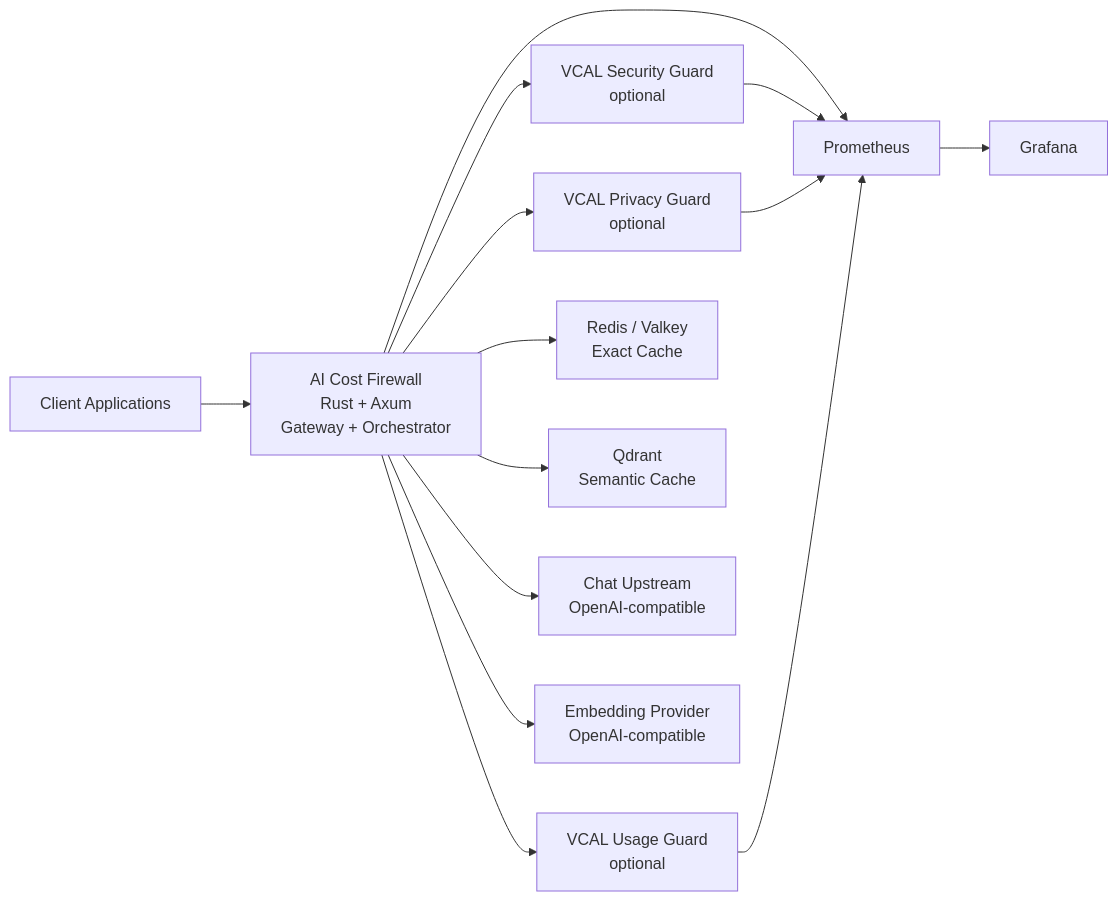
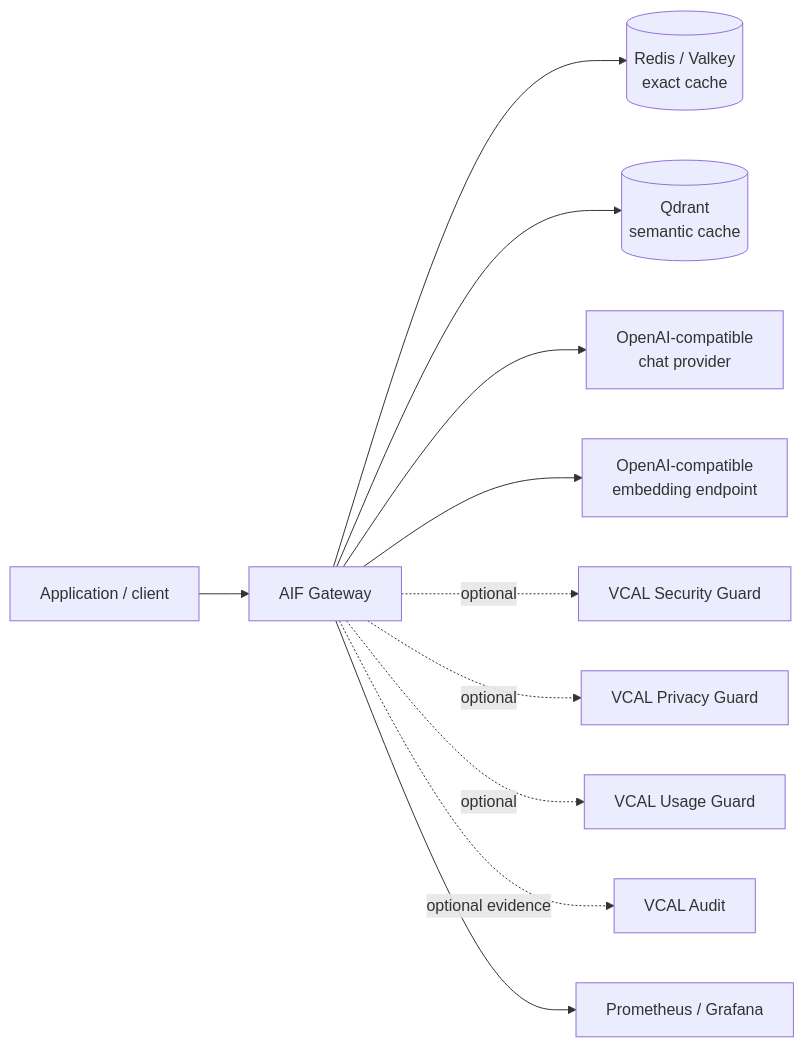
One commit to vcal-project/ai-firewall changed the diagram in docs/architecture.md. Above: the diagram before and after it, drawn with Mermaid. The commit also changed other lines of this file and 17 other files, not shown here.

````diff
--- a/docs/architecture.md
+++ b/docs/architecture.md
@@ -111,43 +9,13 @@
 ```mermaid
 flowchart LR
-
-    Client[Client Applications]
-
-    Firewall[AI Cost Firewall<br/>Rust + Axum<br/>Gateway + Orchestrator]
-
-    Security[VCAL Security Guard<br/>optional]
-
-    Privacy[VCAL Privacy Guard<br/>optional]
-
-    Usage[VCAL Usage Guard<br/>optional]
-
-    Redis[Redis / Valkey<br/>Exact Cache]
-
-    Qdrant[Qdrant<br/>Semantic Cache]
-
-    Upstream[Chat Upstream<br/>OpenAI-compatible]
-
-    Embedding[Embedding Provider<br/>OpenAI-compatible]
-
-    Prom[Prometheus]
-
-    Graf[Grafana]
-
-    Client --> Firewall
-
-    Firewall --> Security
-    Firewall --> Privacy
-    Firewall --> Usage
-
-    Firewall --> Redis
-    Firewall --> Qdrant
-
-    Firewall --> Upstream
-    Firewall --> Embedding
-
-    Firewall --> Prom
-    Security --> Prom
-    Privacy --> Prom
-    Usage --> Prom
-    Prom --> Graf
+    C[Application / client] --> A[AIF Gateway]
+    A --> E[(Redis / Valkey<br/>exact cache)]
+    A --> V[(Qdrant<br/>semantic cache)]
+    A --> M[OpenAI-compatible<br/>chat provider]
+    A --> X[OpenAI-compatible<br/>embedding endpoint]
+    A -. optional .-> S[VCAL Security Guard]
+    A -. optional .-> P[VCAL Privacy Guard]
+    A -. optional .-> U[VCAL Usage Guard]
+    A -. optional evidence .-> T[VCAL Audit]
+    A --> O[Prometheus / Grafana]
 ```
````
